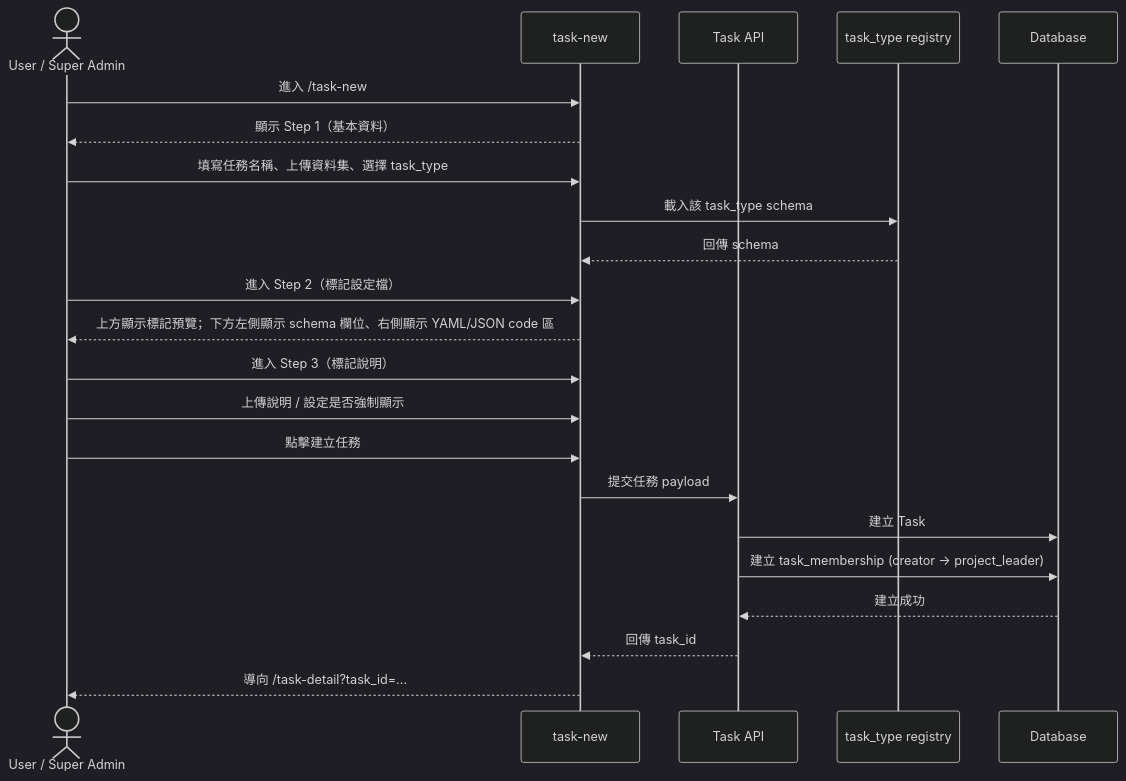
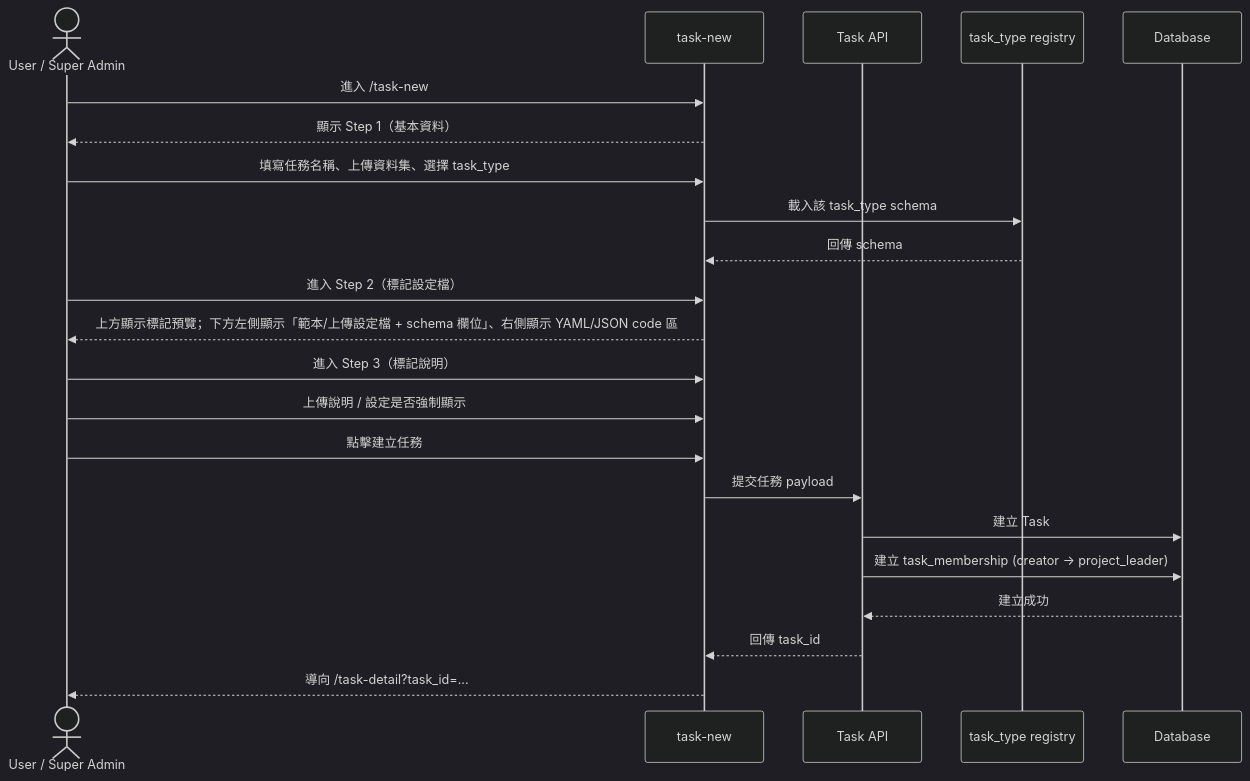
Before and after one commit to singyichen/label-suite: the first of 2 diagrams in specs/task-management/013-task-new/spec.md, drawn with Mermaid (dark theme). The commit also changed other lines of this file and 1 other file, not shown here.

Commit message:
feat: refine task-new prototype i18n and config flow

````diff
--- a/specs/task-management/013-task-new/spec.md
+++ b/specs/task-management/013-task-new/spec.md
@@ -29,29 +30,29 @@
 ```mermaid
 sequenceDiagram
     actor U as User / Super Admin
     participant UI as task-new
     participant API as Task API
     participant Registry as task_type registry
     participant DB as Database
 
     U->>UI: 進入 /task-new
     UI-->>U: 顯示 Step 1（基本資料）
 
     U->>UI: 填寫任務名稱、上傳資料集、選擇 task_type
     UI->>Registry: 載入該 task_type schema
     Registry-->>UI: 回傳 schema
 
     U->>UI: 進入 Step 2（標記設定檔）
-    UI-->>U: 上方顯示標記預覽；下方左側顯示 schema 欄位、右側顯示 YAML/JSON code 區
+    UI-->>U: 上方顯示標記預覽；下方左側顯示「範本/上傳設定檔 + schema 欄位」、右側顯示 YAML/JSON code 區
 
     U->>UI: 進入 Step 3（標記說明）
     U->>UI: 上傳說明 / 設定是否強制顯示
 
     U->>UI: 點擊建立任務
     UI->>API: 提交任務 payload
     API->>DB: 建立 Task
     API->>DB: 建立 task_membership (creator -> project_leader)
     DB-->>API: 建立成功
     API-->>UI: 回傳 task_id
     UI-->>U: 導向 /task-detail?task_id=...
 ```
````
